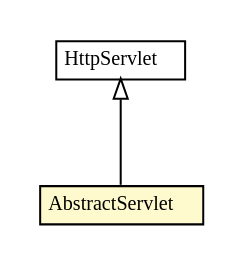
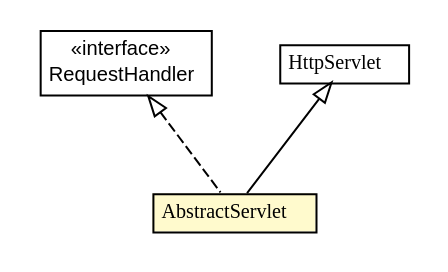
One commit to GServlet/gservlet-site changed the diagram in static/javadocs/1.0.0/org/gservlet/AbstractServlet.dot. Above: the diagram before and after it, drawn with Graphviz. The commit also changed 178 other files, not shown here.

```diff
--- a/static/javadocs/1.0.0/org/gservlet/AbstractServlet.dot
+++ b/static/javadocs/1.0.0/org/gservlet/AbstractServlet.dot
@@ -1,26 +1,35 @@
 #!/usr/local/bin/dot
 #
 # Class diagram 
 # Generated by UMLGraph version R5_6-24-gf6e263 (http://www.umlgraph.org/)
 #
 
 digraph G {
 	edge [fontname="arial",fontsize=10,labelfontname="arial",labelfontsize=10];
 	node [fontname="arial",fontsize=10,shape=plaintext];
 	nodesep=0.25;
 	ranksep=0.5;
+	// org.gservlet.RequestHandler
+	c505 [label=<<table title="org.gservlet.RequestHandler" border="0" cellborder="1" cellspacing="0" cellpadding="2" port="p" href="./RequestHandler.html">
+		<tr><td><table border="0" cellspacing="0" cellpadding="1">
+<tr><td align="center" balign="center"> &#171;interface&#187; </td></tr>
+<tr><td align="center" balign="center"> RequestHandler </td></tr>
+		</table></td></tr>
+		</table>>, URL="./RequestHandler.html", fontname="arial", fontcolor="black", fontsize=10.0];
 	// org.gservlet.AbstractServlet
-	c514 [label=<<table title="org.gservlet.AbstractServlet" border="0" cellborder="1" cellspacing="0" cellpadding="2" port="p" bgcolor="lemonChiffon" href="./AbstractServlet.html">
+	c525 [label=<<table title="org.gservlet.AbstractServlet" border="0" cellborder="1" cellspacing="0" cellpadding="2" port="p" bgcolor="lemonChiffon" href="./AbstractServlet.html">
 		<tr><td><table border="0" cellspacing="0" cellpadding="1">
 <tr><td align="center" balign="center"><font face="arial italic"> AbstractServlet </font></td></tr>
 		</table></td></tr>
 		</table>>, URL="./AbstractServlet.html", fontname="arial", fontcolor="black", fontsize=10.0];
 	//org.gservlet.AbstractServlet extends javax.servlet.http.HttpServlet
-	c535:p -> c514:p [dir=back,arrowtail=empty];
+	c546:p -> c525:p [dir=back,arrowtail=empty];
+	//org.gservlet.AbstractServlet implements org.gservlet.RequestHandler
+	c505:p -> c525:p [dir=back,arrowtail=empty,style=dashed];
 	// javax.servlet.http.HttpServlet
-	c535 [label=<<table title="javax.servlet.http.HttpServlet" border="0" cellborder="1" cellspacing="0" cellpadding="2" port="p" href="https://docs.oracle.com/javaee/7/api/javax/servlet/http/HttpServlet.html">
+	c546 [label=<<table title="javax.servlet.http.HttpServlet" border="0" cellborder="1" cellspacing="0" cellpadding="2" port="p" href="https://docs.oracle.com/javaee/7/api/javax/servlet/http/HttpServlet.html">
 		<tr><td><table border="0" cellspacing="0" cellpadding="1">
 <tr><td align="center" balign="center"><font face="arial italic"> HttpServlet </font></td></tr>
 		</table></td></tr>
 		</table>>, URL="https://docs.oracle.com/javaee/7/api/javax/servlet/http/HttpServlet.html", fontname="arial", fontcolor="black", fontsize=10.0];
 }
```
